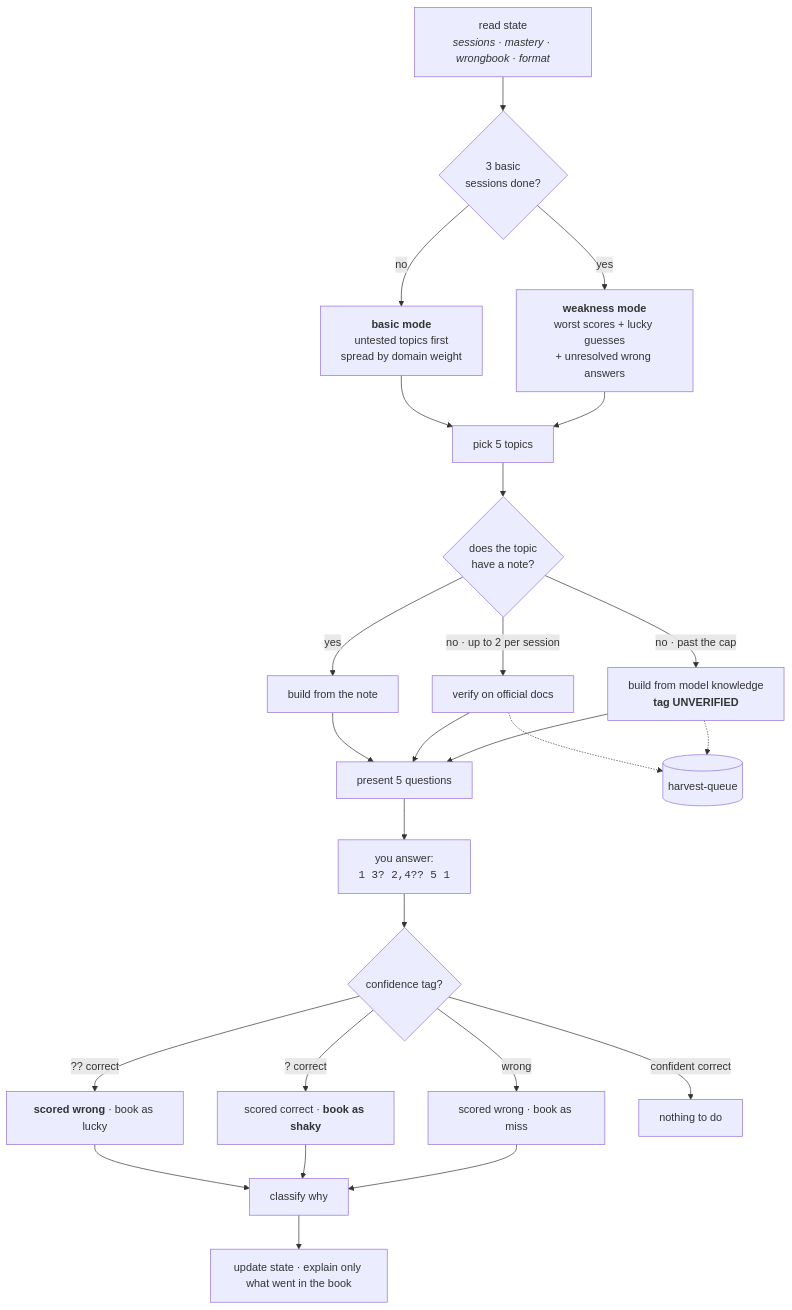
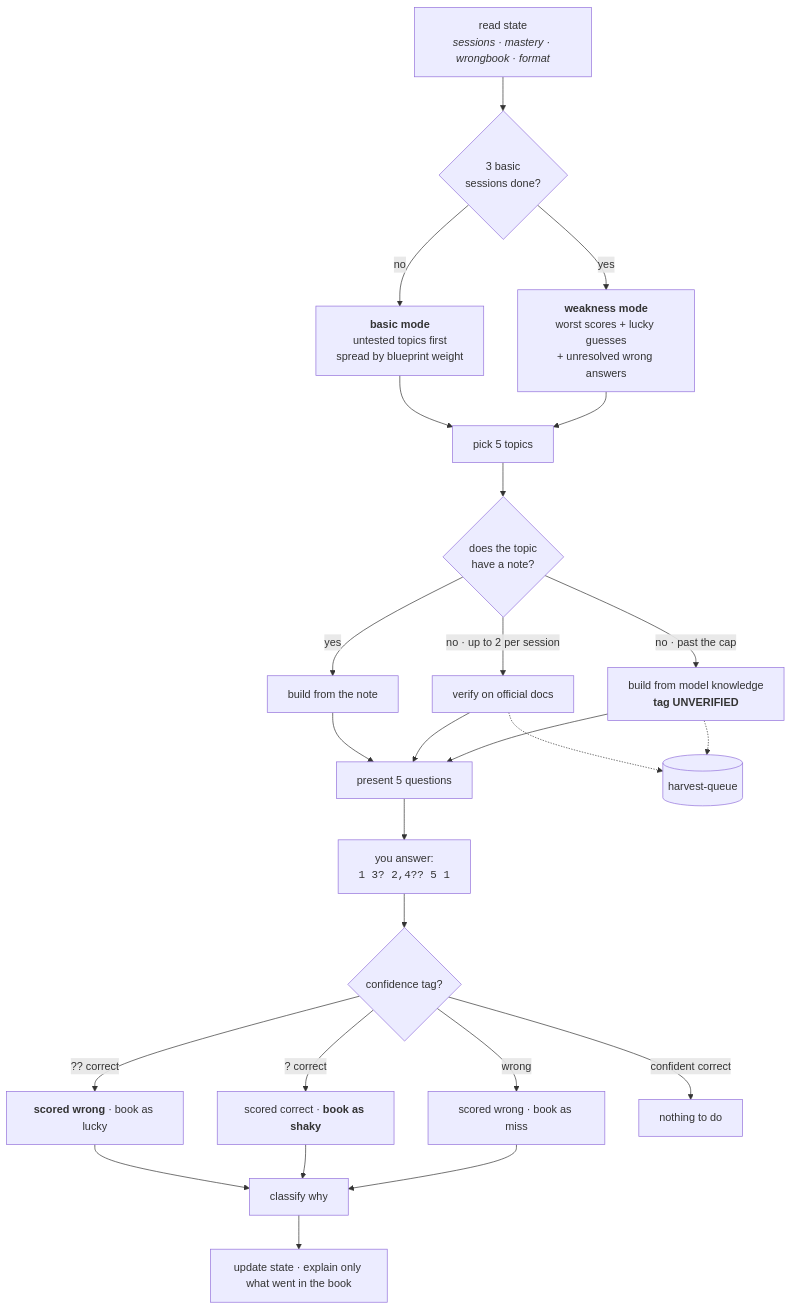
Before and after one commit to IjjS/exam-support: the second of 4 diagrams in README.md, drawn with Mermaid. The commit also changed other lines of this file and 4 other files, not shown here.

````diff
--- a/README.md
+++ b/README.md
@@ -65,27 +66,27 @@
 ```mermaid
 flowchart TD
     A["read state<br/><i>sessions · mastery · wrongbook · format</i>"] --> B{"3 basic<br/>sessions done?"}
-    B -->|"no"| C["<b>basic mode</b><br/>untested topics first<br/>spread by domain weight"]
+    B -->|"no"| C["<b>basic mode</b><br/>untested topics first<br/>spread by blueprint weight"]
     B -->|"yes"| D["<b>weakness mode</b><br/>worst scores + lucky guesses<br/>+ unresolved wrong answers"]
     C --> E["pick 5 topics"]
     D --> E
     E --> F{"does the topic<br/>have a note?"}
     F -->|"yes"| G["build from the note"]
     F -->|"no · up to 2 per session"| H["verify on official docs"]
     F -->|"no · past the cap"| I["build from model knowledge<br/><b>tag UNVERIFIED</b>"]
     G --> J["present 5 questions"]
     H --> J
     I --> J
     H -.-> Q[("harvest-queue")]
     I -.-> Q
     J --> K["you answer:<br/><code>1 3? 2,4?? 5 1</code>"]
     K --> L{"confidence tag?"}
     L -->|"?? correct"| M["<b>scored wrong</b> · book as lucky"]
     L -->|"? correct"| S["scored correct · <b>book as shaky</b>"]
     L -->|"wrong"| N["scored wrong · book as miss"]
     L -->|"confident correct"| Z["nothing to do"]
     M --> O["classify why"]
     S --> O
     N --> O
     O --> P["update state · explain only what went in the book"]
 ```
````
